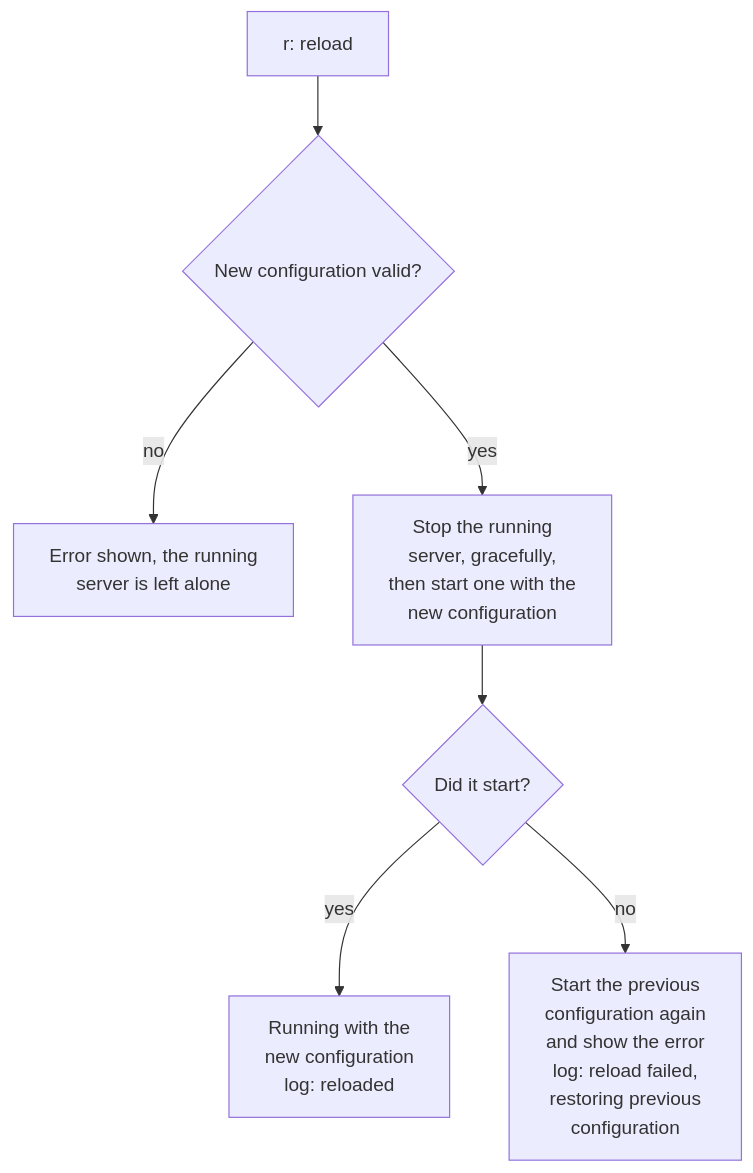
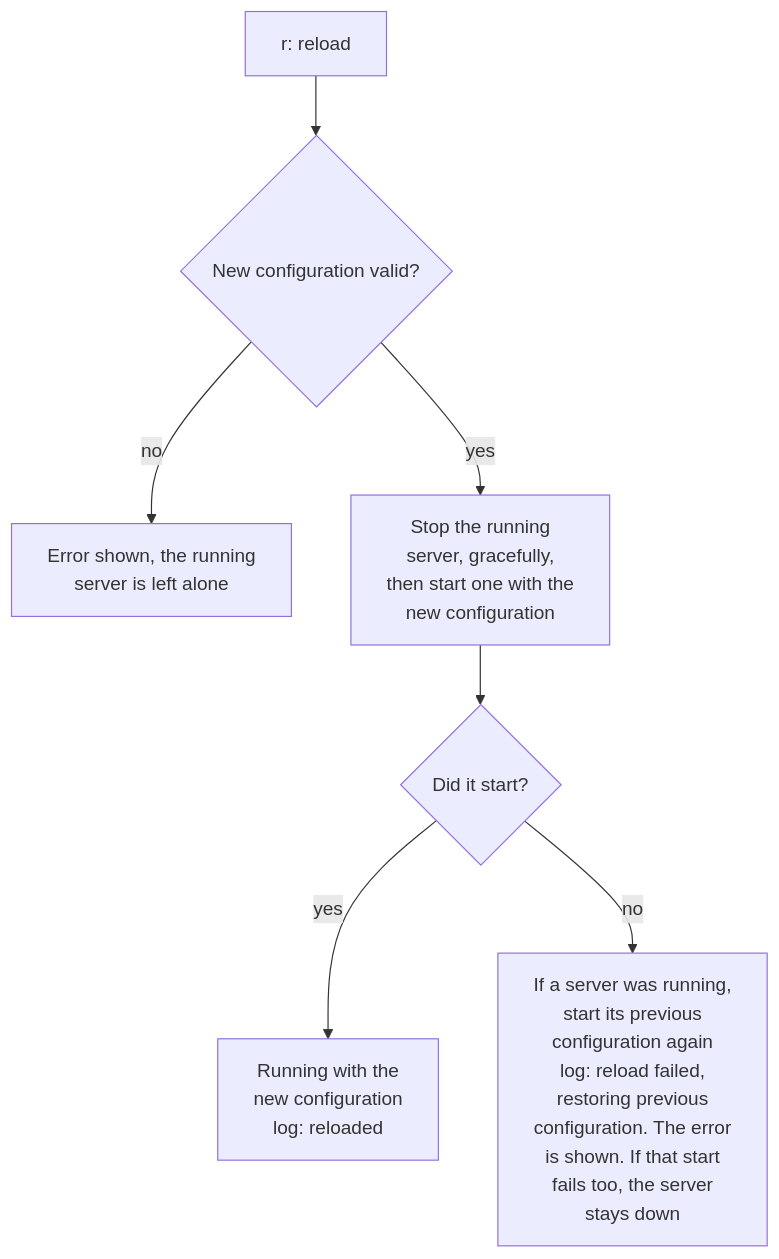
Before and after one commit to BlivionIaG/sjws_nettask: the diagram in docs/operations/admin-console.md, drawn with Mermaid. The commit also changed 14 other files, not shown here.

````diff
--- a/docs/operations/admin-console.md
+++ b/docs/operations/admin-console.md
@@ -21,9 +21,9 @@
 ```mermaid
 flowchart TD
     r["r: reload"] --> ok{"New configuration valid?"}
     ok -->|no| keep["Error shown, the running<br/>server is left alone"]
     ok -->|yes| st["Stop the running<br/>server, gracefully,<br/>then start one with the<br/>new configuration"]
     st --> f{"Did it start?"}
     f -->|yes| done["Running with the<br/>new configuration<br/>log: reloaded"]
-    f -->|no| rb["Start the previous<br/>configuration again<br/>and show the error<br/>log: reload failed,<br/>restoring previous<br/>configuration"]
+    f -->|no| rb["If a server was running,<br/>start its previous<br/>configuration again<br/>log: reload failed,<br/>restoring previous<br/>configuration. The error<br/>is shown. If that start<br/>fails too, the server<br/>stays down"]
 ```
````
